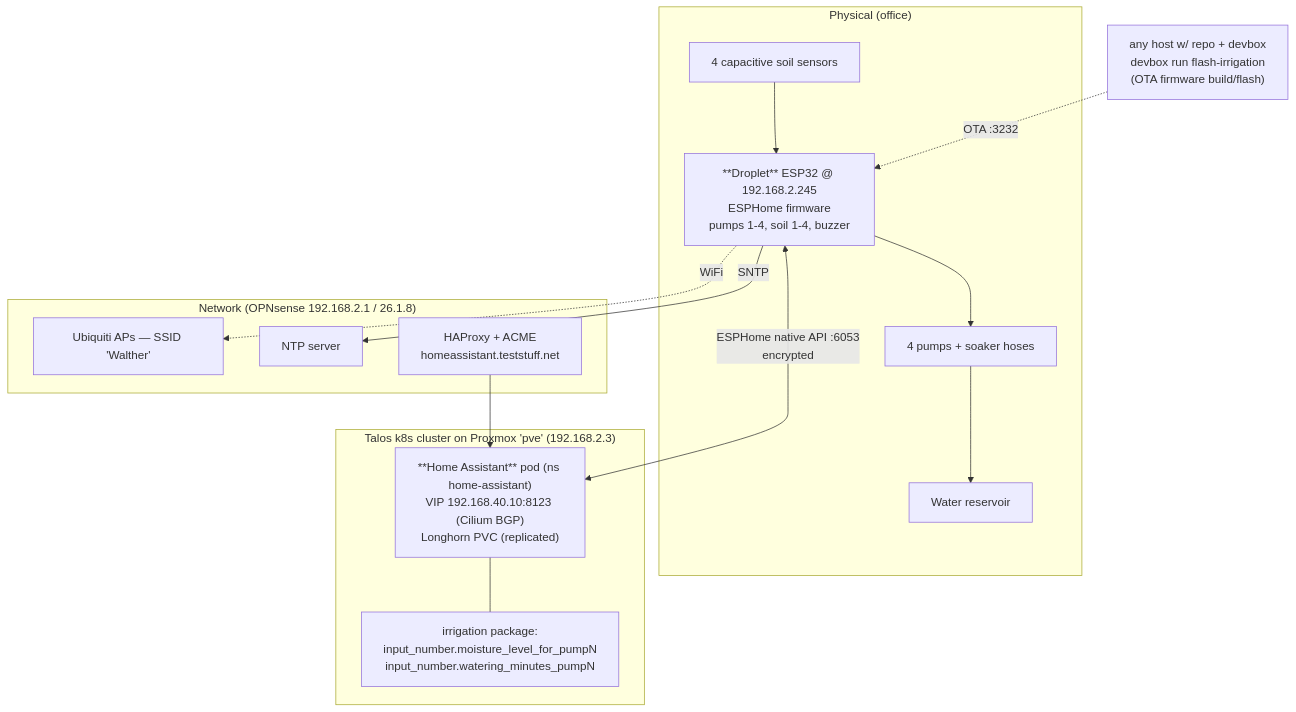
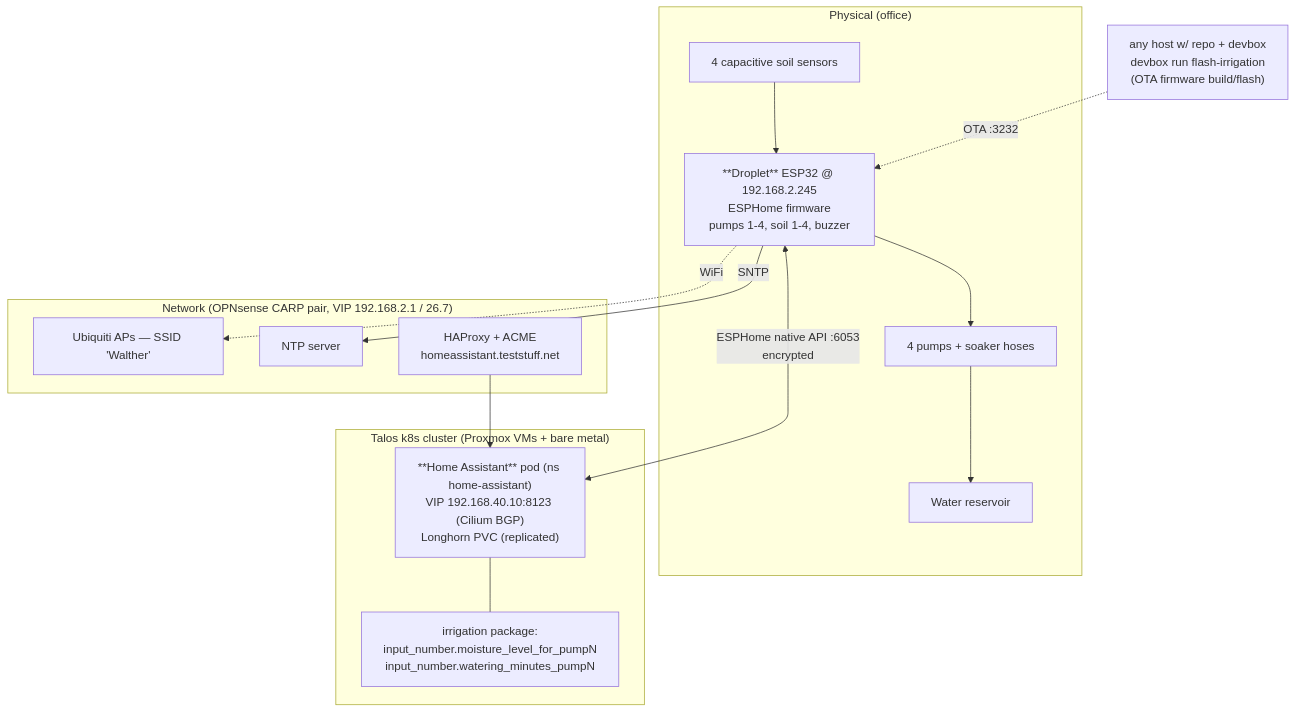
The second of 4 diagrams in docs/office-plants/README.md (teststuffstash/homelab), drawn with Mermaid before and after one commit. The commit also changed other lines of this file, not shown here.

First line of the commit message:
docs(office-plants): router pair, HA placement, HAProxy VIPs, mgmt-tf apply, wallet creds, TSDB retention

````diff
--- a/docs/office-plants/README.md
+++ b/docs/office-plants/README.md
@@ -76,31 +76,31 @@
 ```mermaid
 flowchart TB
     subgraph office["Physical (office)"]
       droplet["**Droplet** ESP32 @ 192.168.2.245<br/>ESPHome firmware<br/>pumps 1-4, soil 1-4, buzzer"]
       pumps["4 pumps + soaker hoses"]
       sensors["4 capacitive soil sensors"]
       reservoir["Water reservoir"]
       droplet --> pumps --> reservoir
       sensors --> droplet
     end
 
-    subgraph net["Network (OPNsense 192.168.2.1 / 26.1.8)"]
+    subgraph net["Network (OPNsense CARP pair, VIP 192.168.2.1 / 26.7)"]
       aps["Ubiquiti APs — SSID 'Walther'"]
       ntpd["NTP server"]
       haproxy["HAProxy + ACME<br/>homeassistant.teststuff.net"]
     end
 
-    subgraph cluster["Talos k8s cluster on Proxmox 'pve' (192.168.2.3)"]
+    subgraph cluster["Talos k8s cluster (Proxmox VMs + bare metal)"]
       ha["**Home Assistant** pod (ns home-assistant)<br/>VIP 192.168.40.10:8123 (Cilium BGP)<br/>Longhorn PVC (replicated)"]
       irr["irrigation package:<br/>input_number.moisture_level_for_pumpN<br/>input_number.watering_minutes_pumpN"]
       ha --- irr
     end
 
     popos["any host w/ repo + devbox<br/>devbox run flash-irrigation<br/>(OTA firmware build/flash)"]
 
     droplet -. WiFi .-> aps
     droplet -->|SNTP| ntpd
     droplet <-->|ESPHome native API :6053<br/>encrypted| ha
     popos -. OTA :3232 .-> droplet
     haproxy --> ha
 ```
````
